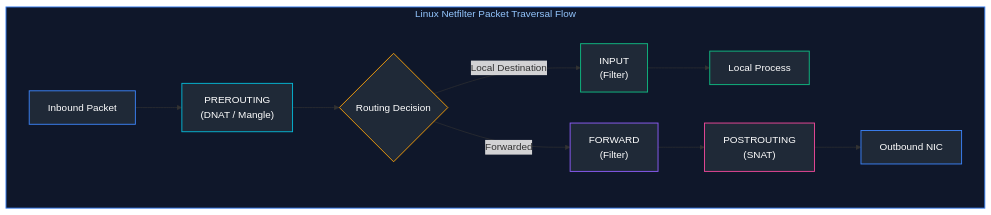
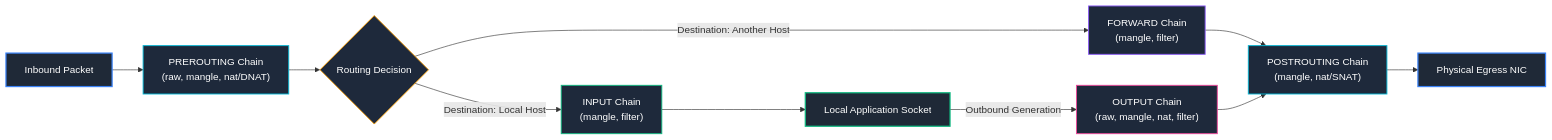
Before and after one commit to joydeep-biswas/Interview-Preparation: diagram 13 of 13 in Cloud Engineering/02_networking_fundamentals.md, drawn with Mermaid. The commit also changed other lines of this file and 143 other files, not shown here.

````diff
--- a/Cloud Engineering/02_networking_fundamentals.md
+++ b/Cloud Engineering/02_networking_fundamentals.md
@@ -398,20 +693,19 @@
 ```mermaid
 flowchart LR
-    subgraph Netfilter ["Linux Netfilter Packet Traversal Flow"]
-        direction LR
-        In["Inbound Packet"] --> Pre["PREROUTING<br/>(DNAT / Mangle)"]
-        Pre --> Decision{"Routing Decision"}
-        Decision -->|"Local Destination"| Input["INPUT<br/>(Filter)"] --> Local["Local Process"]
-        Decision -->|"Forwarded"| Fwd["FORWARD<br/>(Filter)"] --> Post["POSTROUTING<br/>(SNAT)"] --> Out["Outbound NIC"]
-    end
+    PktIn["Inbound Packet"] --> Pre["PREROUTING Chain<br/>(raw, mangle, nat/DNAT)"]
+    Pre --> Decision{"Routing Decision"}
+    Decision -->|"Destination: Local Host"| In["INPUT Chain<br/>(mangle, filter)"] --> LocalApp["Local Application Socket"]
+    Decision -->|"Destination: Another Host"| Fwd["FORWARD Chain<br/>(mangle, filter)"] --> Post["POSTROUTING Chain<br/>(mangle, nat/SNAT)"]
+    LocalApp -->|"Outbound Generation"| Out["OUTPUT Chain<br/>(raw, mangle, nat, filter)"] --> Post
+    Post --> Wire["Physical Egress NIC"]
 
-    style Netfilter fill:#0f172a,stroke:#3b82f6,stroke-width:1.5px,color:#93c5fd
-    style In fill:#1f2937,stroke:#3b82f6,stroke-width:1.5px,color:#fff
-    style Pre fill:#1f2937,stroke:#06b6d4,stroke-width:1.5px,color:#fff
-    style Decision fill:#1f2937,stroke:#f59e0b,stroke-width:1.5px,color:#fff
-    style Input fill:#1f2937,stroke:#10b981,stroke-width:1.5px,color:#fff
-    style Local fill:#1f2937,stroke:#10b981,stroke-width:1.5px,color:#fff
-    style Fwd fill:#1f2937,stroke:#8b5cf6,stroke-width:1.5px,color:#fff
-    style Post fill:#1f2937,stroke:#ec4899,stroke-width:1.5px,color:#fff
-    style Out fill:#1f2937,stroke:#3b82f6,stroke-width:1.5px,color:#fff
+    style PktIn fill:#1f2937,stroke:#3b82f6,stroke-width:2px,color:#fff
+    style Pre fill:#1e293b,stroke:#06b6d4,stroke-width:1.5px,color:#fff
+    style Decision fill:#1e293b,stroke:#f59e0b,stroke-width:1.5px,color:#fff
+    style In fill:#1e293b,stroke:#10b981,stroke-width:1.5px,color:#fff
+    style LocalApp fill:#1f2937,stroke:#10b981,stroke-width:2px,color:#fff
+    style Fwd fill:#1e293b,stroke:#8b5cf6,stroke-width:1.5px,color:#fff
+    style Out fill:#1e293b,stroke:#ec4899,stroke-width:1.5px,color:#fff
+    style Post fill:#1e293b,stroke:#06b6d4,stroke-width:1.5px,color:#fff
+    style Wire fill:#1f2937,stroke:#3b82f6,stroke-width:2px,color:#fff
 ```
````
